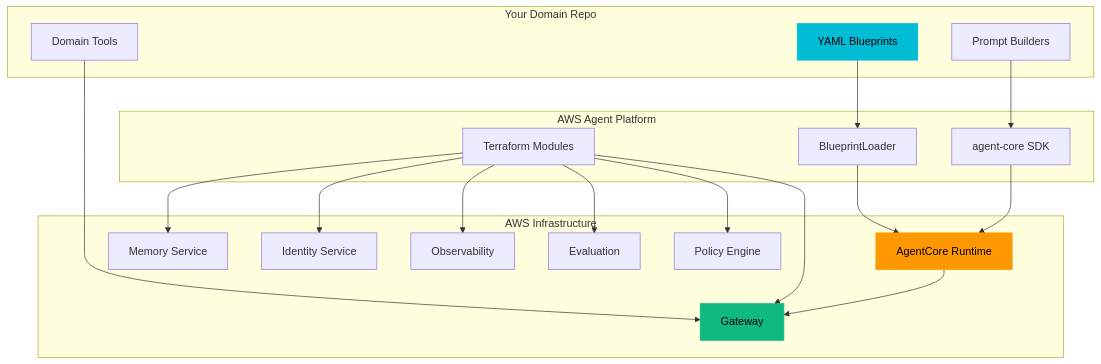
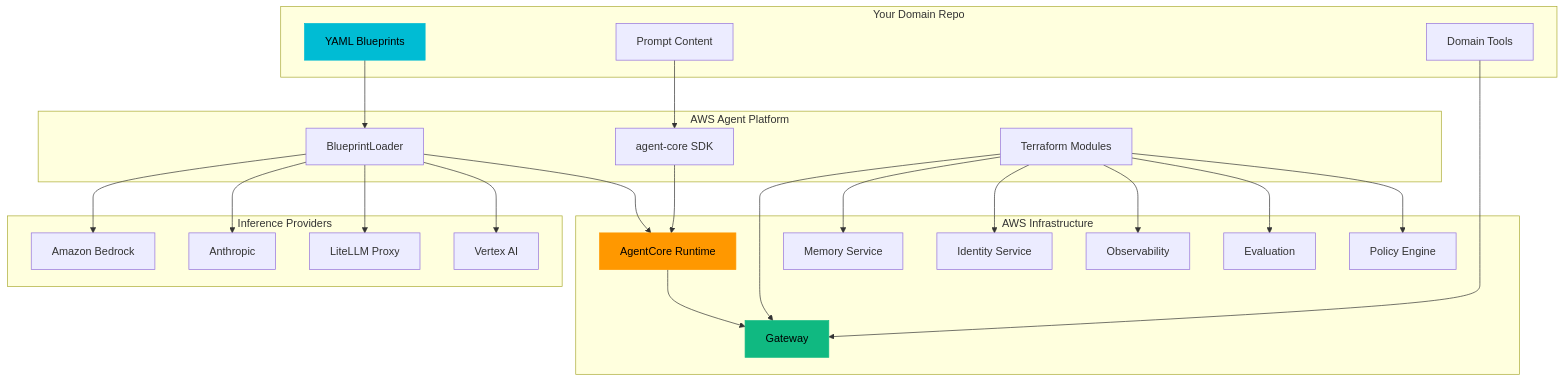
One commit to the-cloud-clockwork/tcc-aws-agent-platform changed the diagram in docs/index.md. Above: the diagram before and after it, drawn with Mermaid. The commit also changed other lines of this file and 94 other files, not shown here.

````diff
--- a/docs/index.md
+++ b/docs/index.md
@@ -33,41 +35,52 @@
 ```mermaid
 graph TB
     subgraph "Your Domain Repo"
         BP[YAML Blueprints]
-        PB[Prompt Builders]
+        PB[Prompt Content]
         DT[Domain Tools]
     end
 
     subgraph "AWS Agent Platform"
         BL[BlueprintLoader]
         SDK[agent-core SDK]
         TF[Terraform Modules]
+    end
+
+    subgraph "Inference Providers"
+        BE[Amazon Bedrock]
+        AN[Anthropic]
+        LL[LiteLLM Proxy]
+        VX[Vertex AI]
     end
 
     subgraph "AWS Infrastructure"
         RT[AgentCore Runtime]
         GW[Gateway]
         MEM[Memory Service]
         ID[Identity Service]
         OBS[Observability]
         EVAL[Evaluation]
         POL[Policy Engine]
     end
 
     BP --> BL
     PB --> SDK
     DT --> GW
+    BL --> BE
+    BL --> AN
+    BL --> LL
+    BL --> VX
     BL --> RT
     SDK --> RT
     TF --> GW
     TF --> MEM
     TF --> ID
     TF --> OBS
     TF --> EVAL
     TF --> POL
     RT --> GW
 
     style BP fill:#00bcd4,stroke:#00bcd4,color:#000
     style RT fill:#ff9800,stroke:#ff9800,color:#000
     style GW fill:#10b981,stroke:#10b981,color:#000
 ```
````
